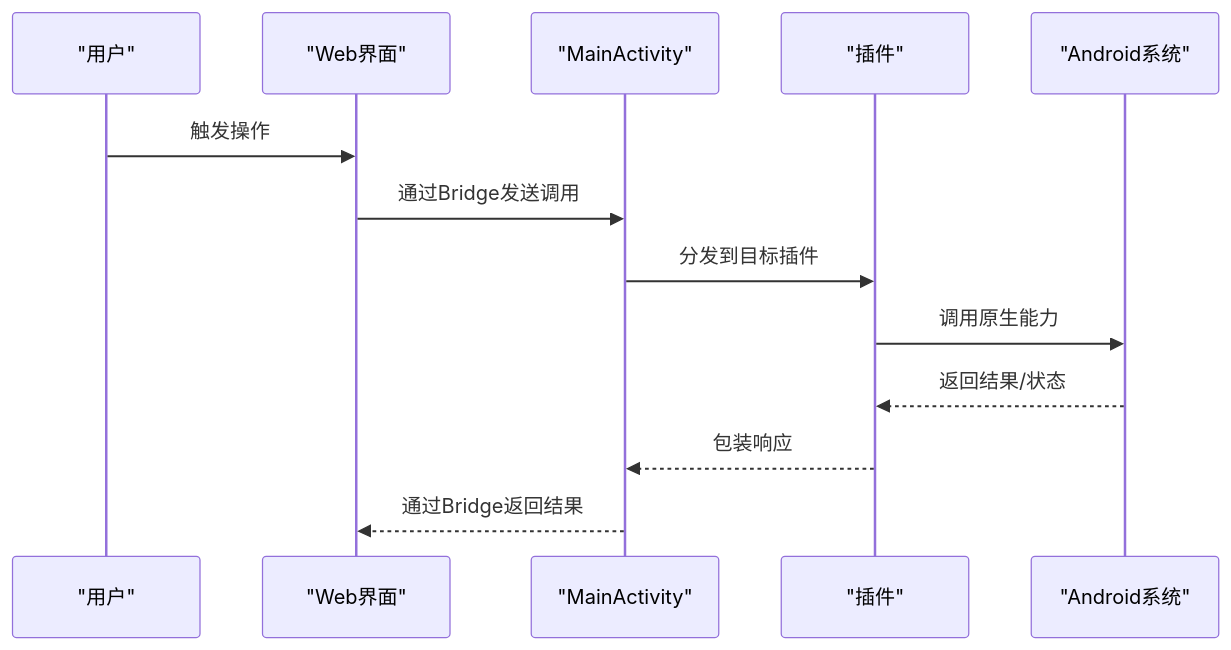
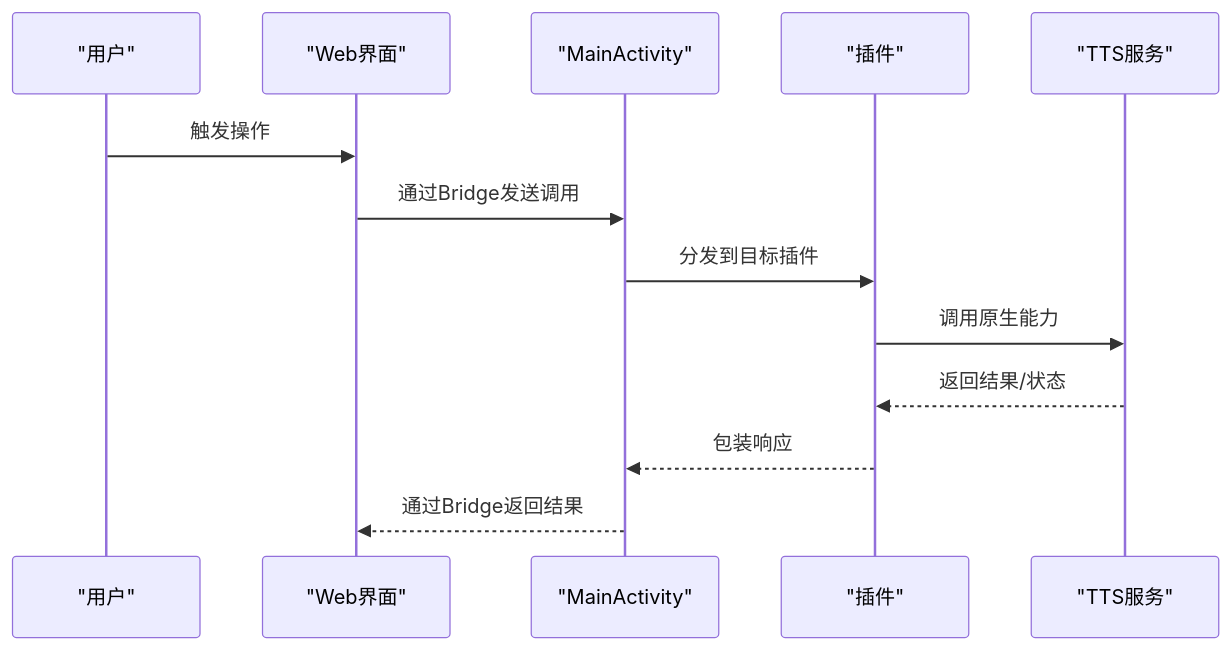
One commit to zhao-zg/cx changed the third of 10 diagrams in .qoder/repowiki/zh/content/移动应用开发/移动应用开发.md. Above: the diagram before and after it, drawn with Mermaid. The commit also changed other lines of this file and 48 other files, not shown here.

````diff
--- a/.qoder/repowiki/zh/content/移动应用开发/移动应用开发.md
+++ b/.qoder/repowiki/zh/content/移动应用开发/移动应用开发.md
@@ -197,15 +229,15 @@
 ```mermaid
 sequenceDiagram
 participant U as "用户"
 participant W as "Web界面"
 participant M as "MainActivity"
 participant P as "插件"
-participant N as "Android系统"
+participant S as "TTS服务"
 U->>W : 触发操作
 W->>M : 通过Bridge发送调用
 M->>P : 分发到目标插件
-P->>N : 调用原生能力
-N-->>P : 返回结果/状态
+P->>S : 调用原生能力
+S-->>P : 返回结果/状态
 P-->>M : 包装响应
 M-->>W : 通过Bridge返回结果
 ```
````
